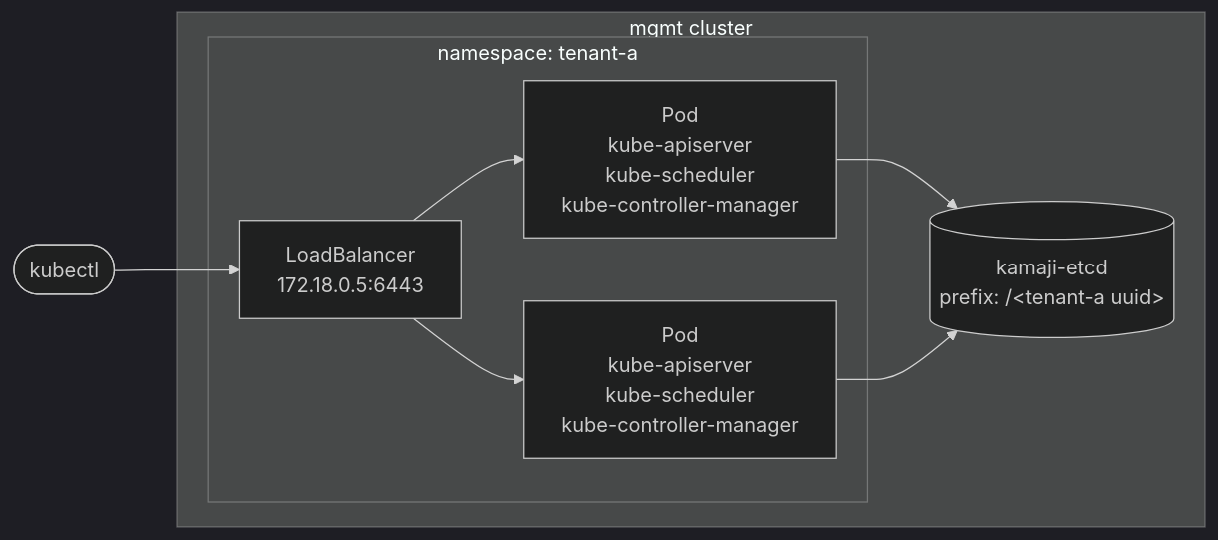
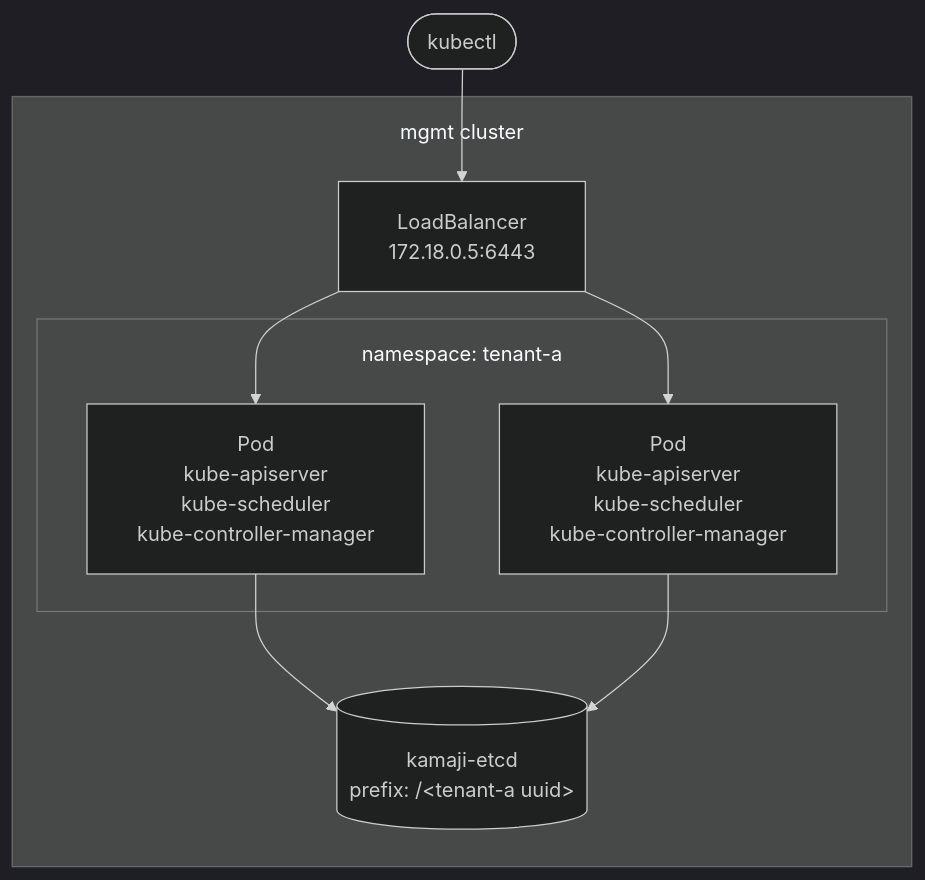
Before and after one commit to latitudesh/managed-k8s-workshop: the diagram in docs/06-hosted-control-plane.md, drawn with Mermaid (dark theme). The commit also changed other lines of this file and 38 other files, not shown here.

````diff
--- a/docs/06-hosted-control-plane.md
+++ b/docs/06-hosted-control-plane.md
@@ -5,13 +7,18 @@
 ```mermaid
-flowchart LR
-  you(["kubectl"]) --> lb["LoadBalancer<br/>172.18.0.5:6443"]
+%%{init: {"flowchart": {"padding": 20, "nodeSpacing": 60, "rankSpacing": 60, "subGraphTitleMargin": {"top": 16, "bottom": 22}}}}%%
+flowchart TB
+  you(["kubectl"])
   subgraph mgmt["mgmt cluster"]
+    lb["LoadBalancer<br/>172.18.0.5:6443"]
     subgraph ns["namespace: tenant-a"]
-      lb --> p1["Pod<br/>kube-apiserver<br/>kube-scheduler<br/>kube-controller-manager"]
-      lb --> p2["Pod<br/>kube-apiserver<br/>kube-scheduler<br/>kube-controller-manager"]
+      p1["Pod<br/>kube-apiserver<br/>kube-scheduler<br/>kube-controller-manager"]
+      p2["Pod<br/>kube-apiserver<br/>kube-scheduler<br/>kube-controller-manager"]
     end
     etcd[("kamaji-etcd<br/>prefix: /&lt;tenant-a uuid&gt;")]
   end
+  you --> lb
+  lb --> p1
+  lb --> p2
   p1 --> etcd
   p2 --> etcd
 ```
````
